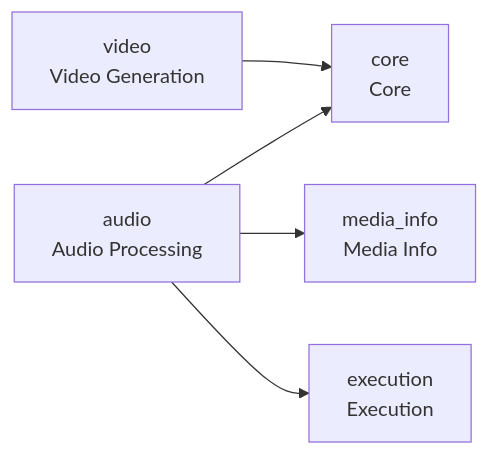
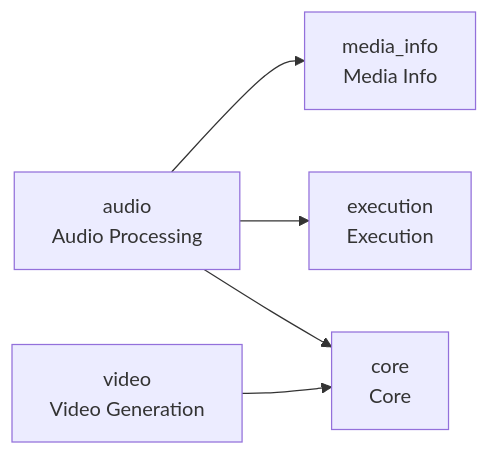
The diagram in README.md (cj-mills/cjm-ffmpeg-utils), drawn with Mermaid before and after one commit. The commit also changed other lines of this file and 9 other files, not shown here.

````diff
--- a/README.md
+++ b/README.md
@@ -29,13 +29,13 @@
 ``` mermaid
 graph LR
     audio[audio<br/>Audio Processing]
     core[core<br/>Core]
     execution[execution<br/>Execution]
     media_info[media_info<br/>Media Info]
     video[video<br/>Video Generation]
 
-    audio --> core
     audio --> media_info
     audio --> execution
+    audio --> core
     video --> core
 ```
````
